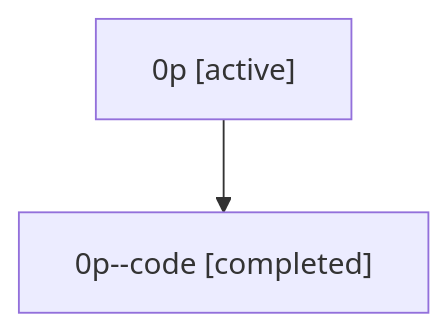
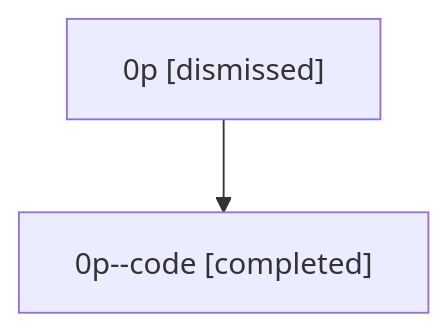
Before and after one commit to sase-org/sase--agents: the diagram in sessions/bbugyi200.athena.0p.md, drawn with Mermaid. The commit also changed other lines of this file and 30 other files, not shown here.

````diff
--- a/sessions/bbugyi200.athena.0p.md
+++ b/sessions/bbugyi200.athena.0p.md
@@ -9,6 +9,6 @@
 ```mermaid
 flowchart TD
-  n0["0p [active]"]
+  n0["0p [dismissed]"]
   n1["0p--code [completed]"]
   n0 --> n1
 ```
````
